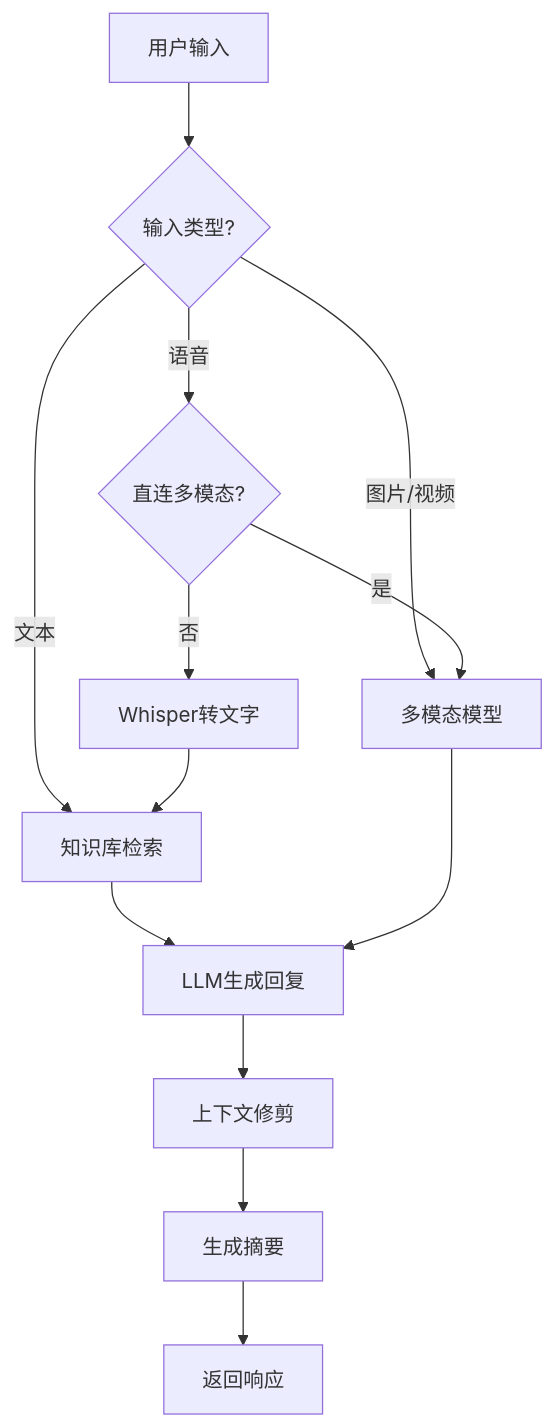
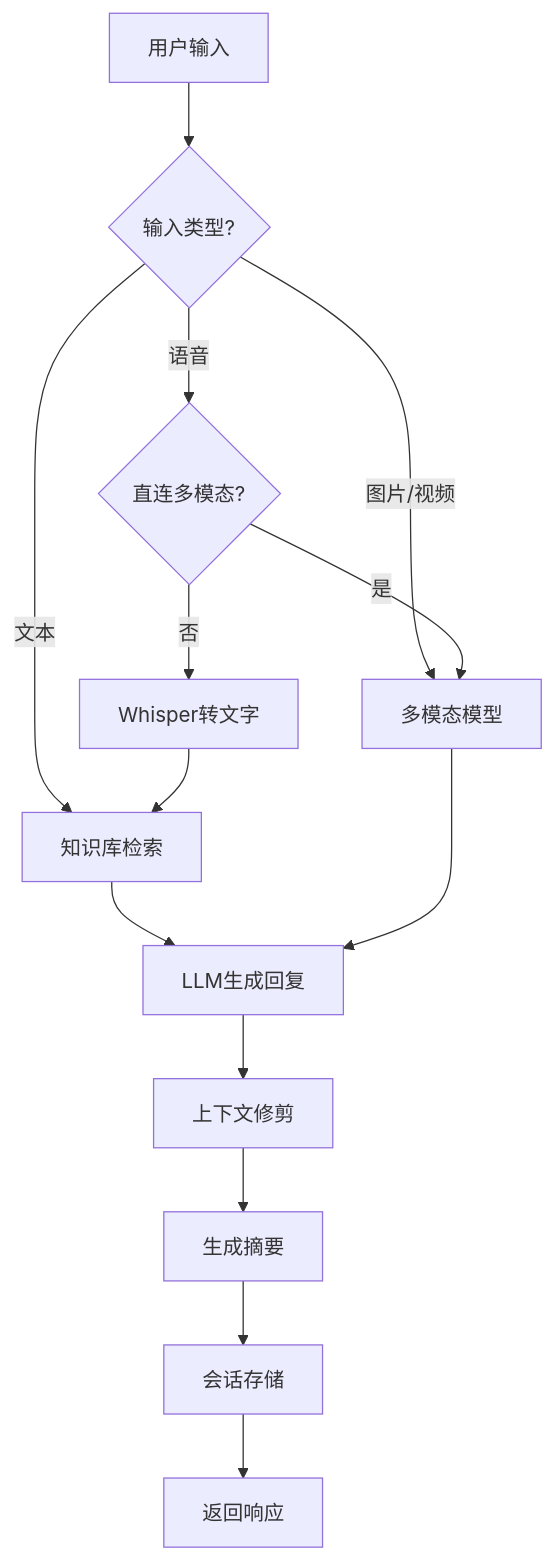
Before and after one commit to chain-engine/x-XiChuang: the third of 3 diagrams in README.md, drawn with Mermaid. The commit also changed other lines of this file and 59 other files, not shown here.

````diff
--- a/README.md
+++ b/README.md
@@ -193,15 +322,16 @@
 ```mermaid
 flowchart TD
     A[用户输入] --> B{输入类型?}
     B -->|文本| C[知识库检索]
     B -->|语音| D{直连多模态?}
     B -->|图片/视频| E[多模态模型]
     D -->|是| E
     D -->|否| F[Whisper转文字]
     F --> C
     C --> G[LLM生成回复]
     E --> G
     G --> H[上下文修剪]
     H --> I[生成摘要]
-    I --> J[返回响应]
+    I --> J[会话存储]
+    J --> K[返回响应]
 ```
````
